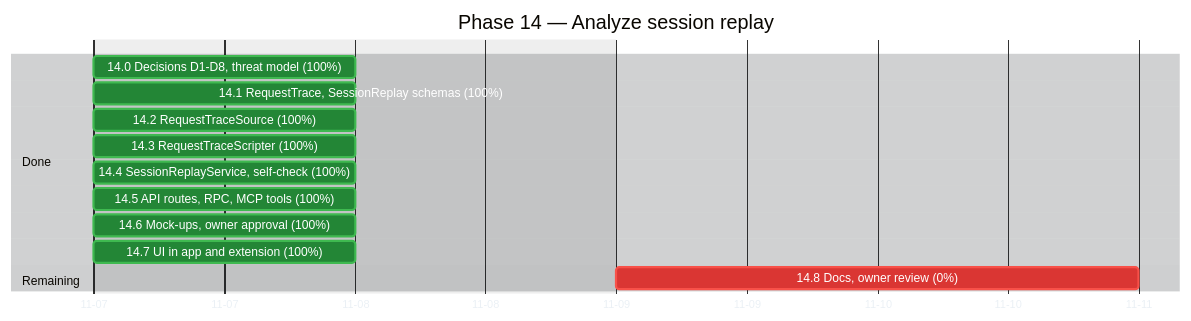
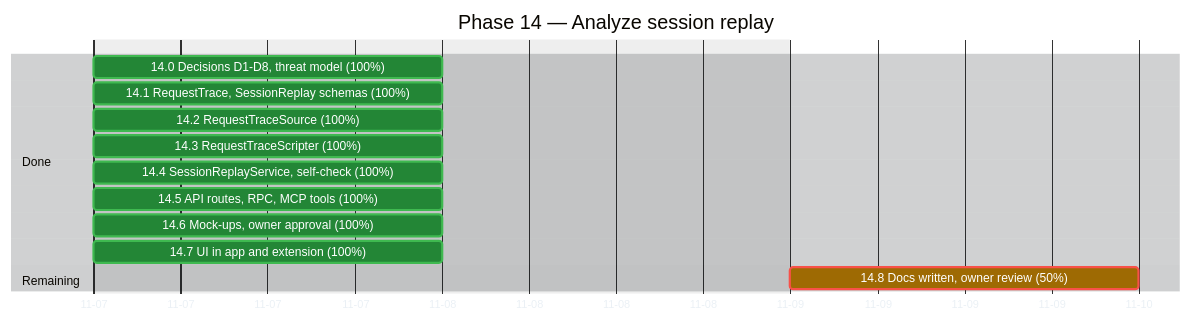
One commit to raulkivi/agent-cost-analyzer changed the third of 3 diagrams in docs/implementation-plan-gantt.md. Above: the diagram before and after it, drawn with Mermaid. The commit also changed other lines of this file and 10 other files, not shown here.

````diff
--- a/docs/implementation-plan-gantt.md
+++ b/docs/implementation-plan-gantt.md
@@ -196,48 +196,48 @@
 ```mermaid
 %%{init: {
   "theme": "base",
   "themeVariables": {
     "darkMode": true,
     "background": "#0d1117",
     "textColor": "#e6edf3",
     "primaryTextColor": "#e6edf3",
     "lineColor": "#8b949e",
     "sectionBkgColor": "#161b22",
     "sectionBkgColor2": "#1c2129",
     "altSectionBkgColor": "#0d1117",
     "gridColor": "#30363d",
     "todayLineColor": "#f85149",
     "taskBkgColor": "#1f6feb",
     "taskBorderColor": "#58a6ff",
     "taskTextColor": "#ffffff",
     "taskTextLightColor": "#ffffff",
     "taskTextDarkColor": "#ffffff",
     "taskTextOutsideColor": "#e6edf3",
     "doneTaskBkgColor": "#238636",
     "doneTaskBorderColor": "#3fb950",
     "activeTaskBkgColor": "#9e6a03",
     "activeTaskBorderColor": "#d29922",
     "critBkgColor": "#da3633",
     "critBorderColor": "#f85149"
   }
 }}%%
 gantt
     title Phase 14 — Analyze session replay
     dateFormat YYYY-MM-DD
     axisFormat %m-%d
     excludes weekends
 
     section Done
     14.0 Decisions D1-D8, threat model (100%)       :done, s0, 2026-11-07, 1d
     14.1 RequestTrace, SessionReplay schemas (100%) :done, s1, 2026-11-07, 1d
     14.2 RequestTraceSource (100%)                  :done, s2, 2026-11-07, 1d
     14.3 RequestTraceScripter (100%)                :done, s3, 2026-11-07, 1d
     14.4 SessionReplayService, self-check (100%)    :done, s4, 2026-11-07, 1d
     14.5 API routes, RPC, MCP tools (100%)          :done, s5, 2026-11-07, 1d
     14.6 Mock-ups, owner approval (100%)            :done, s6, 2026-11-07, 1d
 
     14.7 UI in app and extension (100%)             :done, s7, 2026-11-07, 1d
 
     section Remaining
-    14.8 Docs, owner review (0%)                    :crit, s8, after s7, 2d
+    14.8 Docs written, owner review (50%)           :active, crit, s8, after s7, 1d
 ```
````
